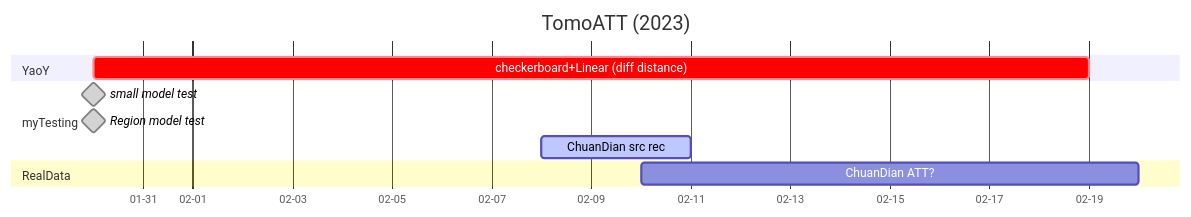
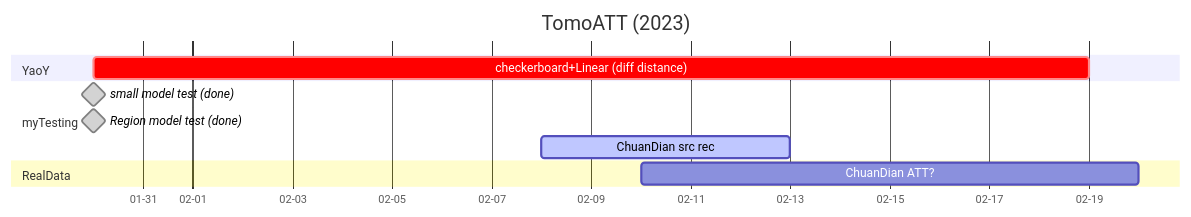
Before and after one commit to Huadangfan/my-notes: the second of 3 diagrams in public/todo.md, drawn with Mermaid. The commit also changed other lines of this file, not shown here.

````diff
--- a/public/todo.md
+++ b/public/todo.md
@@ -38,18 +20,18 @@
 ```mermaid
 gantt
     title TomoATT (2023)
     dateFormat  YYYY-MM-DD
     axisFormat   %m-%d
 
     section YaoY
     checkerboard+Linear (diff distance) :crit, activ, 2023-01-30, 20d
 
 
     section myTesting
-    small model test   :done, milestone, 2023-01-30, 0d
-    Region model test  :done, milestone, 2023-01-30, 0d
-    ChuanDian src rec  :active, , 2023-02-8, 3d
+    small model test (done)   :done, milestone, 2023-01-30, 0d
+    Region model test (done)  :done, milestone, 2023-01-30, 0d
+    ChuanDian src rec  :active, , 2023-02-8, 5d
 
     section RealData
     ChuanDian ATT?      :b1, 2023-02-10, 10d
 ```
````
